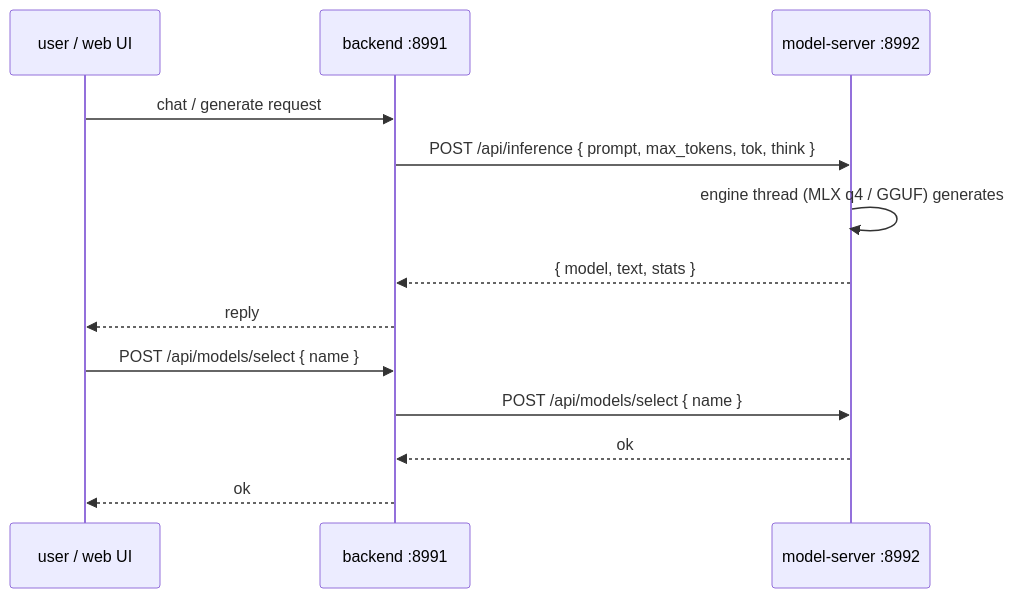
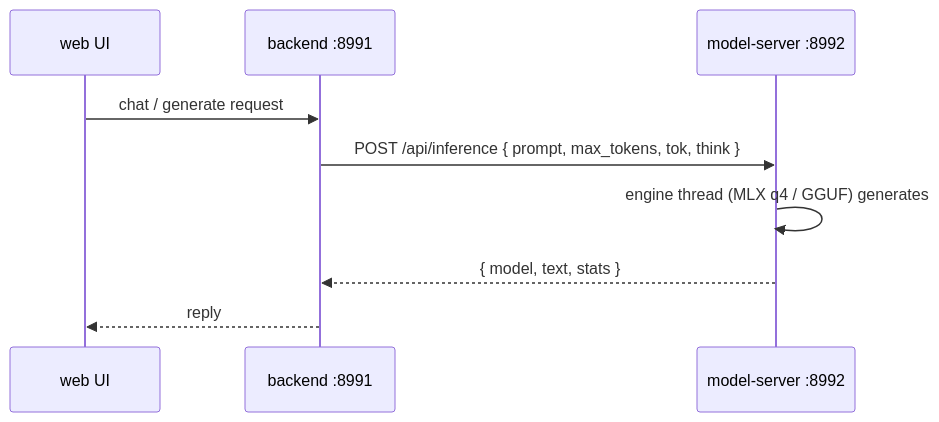
One commit to lidm0707/susutaku changed the fourth of 8 diagrams in docs/remote-clients.md. Above: the diagram before and after it, drawn with Mermaid. The commit also changed other lines of this file and 14 other files, not shown here.

````diff
--- a/docs/remote-clients.md
+++ b/docs/remote-clients.md
@@ -62,15 +80,11 @@
 ```mermaid
 sequenceDiagram
-    participant U as user / web UI
+    participant U as web UI
     participant B as backend :8991
     participant M as model-server :8992
     U->>B: chat / generate request
     B->>M: POST /api/inference { prompt, max_tokens, tok, think }
     M->>M: engine thread (MLX q4 / GGUF) generates
     M-->>B: { model, text, stats }
     B-->>U: reply
-    U->>B: POST /api/models/select { name }
-    B->>M: POST /api/models/select { name }
-    M-->>B: ok
-    B-->>U: ok
 ```
````
